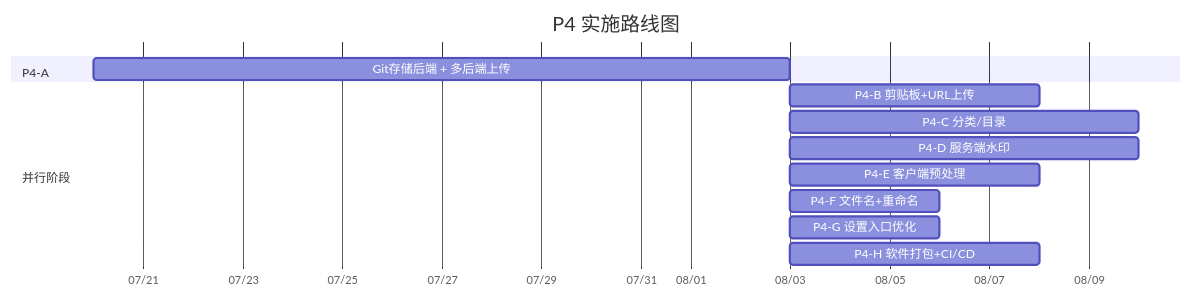
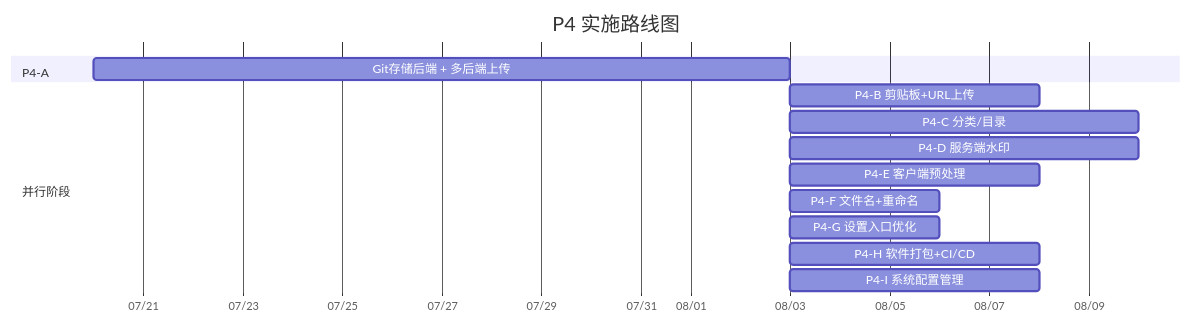
The first of 12 diagrams in docs/superpowers/specs/2026-07-19-pichost-p4-design.md (JeillZhang/pichost), drawn with Mermaid before and after one commit. The commit also changed other lines of this file, not shown here.

````diff
--- a/docs/superpowers/specs/2026-07-19-pichost-p4-design.md
+++ b/docs/superpowers/specs/2026-07-19-pichost-p4-design.md
@@ -41,16 +43,17 @@
 ```mermaid
 gantt
     title P4 实施路线图
     dateFormat  YYYY-MM-DD
     axisFormat  %m/%d
     section P4-A
     Git存储后端 + 多后端上传    :a1, 2026-07-20, 14d
     section 并行阶段
     P4-B 剪贴板+URL上传        :b1, after a1, 5d
     P4-C 分类/目录             :c1, after a1, 7d
     P4-D 服务端水印            :d1, after a1, 7d
     P4-E 客户端预处理          :e1, after a1, 5d
     P4-F 文件名+重命名         :f1, after a1, 3d
     P4-G 设置入口优化          :g1, after a1, 3d
     P4-H 软件打包+CI/CD        :h1, after a1, 5d
+    P4-I 系统配置管理          :i1, after a1, 5d
 ```
````
